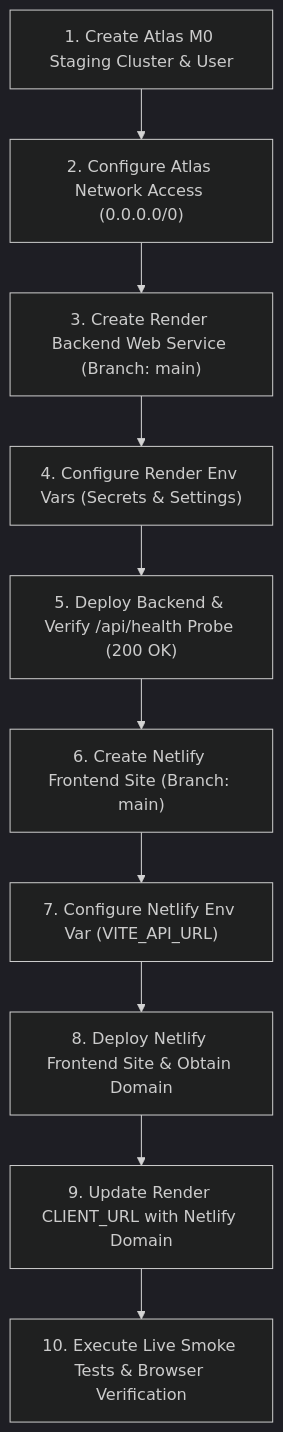
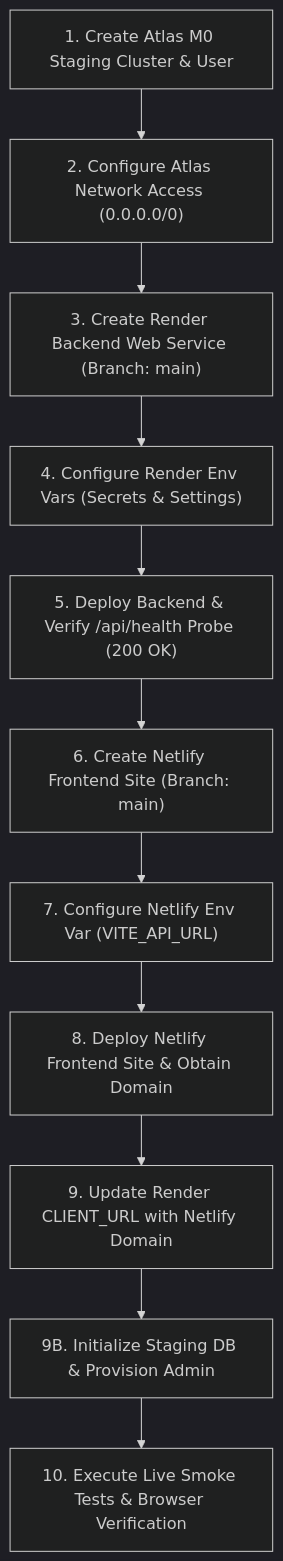
One commit to NightFury-boss/CyberLawAwarnessPortal changed the second of 2 diagrams in docs/deployment/FREE_TIER_DEPLOYMENT_GUIDE.md. Above: the diagram before and after it, drawn with Mermaid (dark theme). The commit also changed other lines of this file and 48 other files, not shown here.

````diff
--- a/docs/deployment/FREE_TIER_DEPLOYMENT_GUIDE.md
+++ b/docs/deployment/FREE_TIER_DEPLOYMENT_GUIDE.md
@@ -189,12 +189,13 @@
 ```mermaid
 flowchart TD
     Step1["1. Create Atlas M0 Staging Cluster & User"] --> Step2["2. Configure Atlas Network Access (0.0.0.0/0)"]
     Step2 --> Step3["3. Create Render Backend Web Service (Branch: main)"]
     Step3 --> Step4["4. Configure Render Env Vars (Secrets & Settings)"]
     Step4 --> Step5["5. Deploy Backend & Verify /api/health Probe (200 OK)"]
     Step5 --> Step6["6. Create Netlify Frontend Site (Branch: main)"]
     Step6 --> Step7["7. Configure Netlify Env Var (VITE_API_URL)"]
     Step7 --> Step8["8. Deploy Netlify Frontend Site & Obtain Domain"]
     Step8 --> Step9["9. Update Render CLIENT_URL with Netlify Domain"]
-    Step9 --> Step10["10. Execute Live Smoke Tests & Browser Verification"]
+    Step9 --> Step9B["9B. Initialize Staging DB & Provision Admin"]
+    Step9B --> Step10["10. Execute Live Smoke Tests & Browser Verification"]
 ```
````
